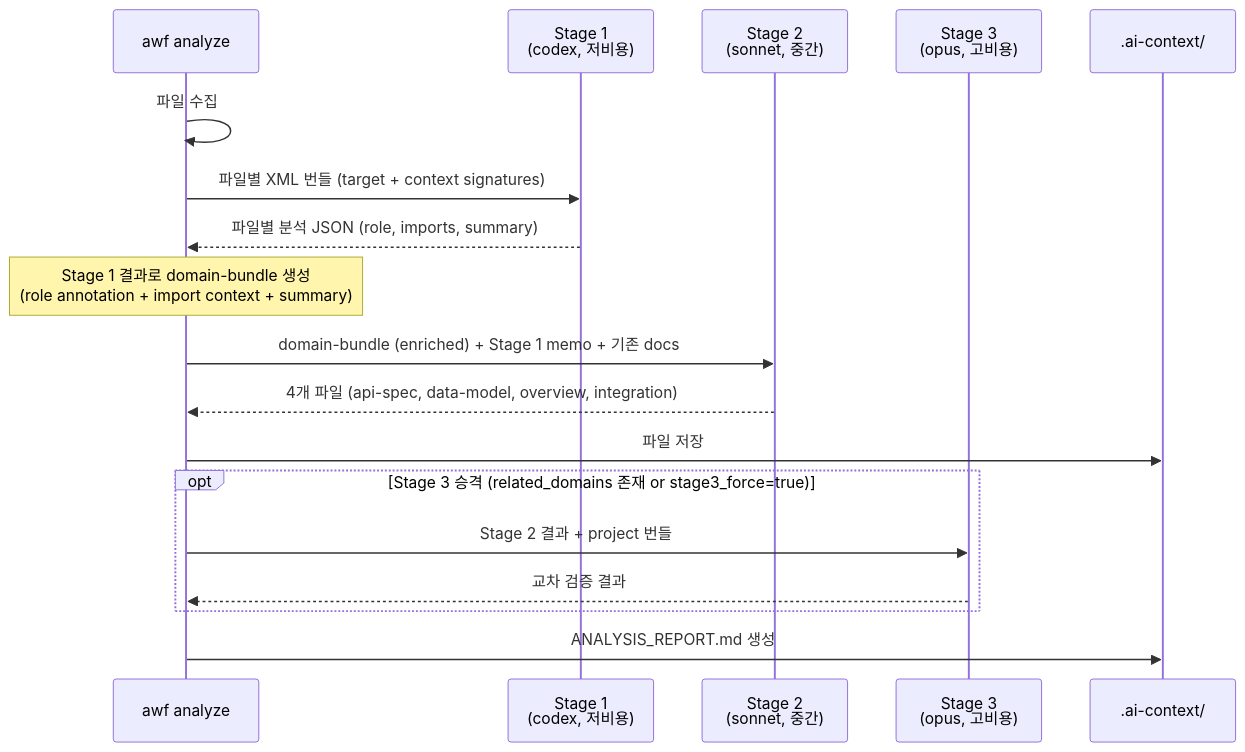
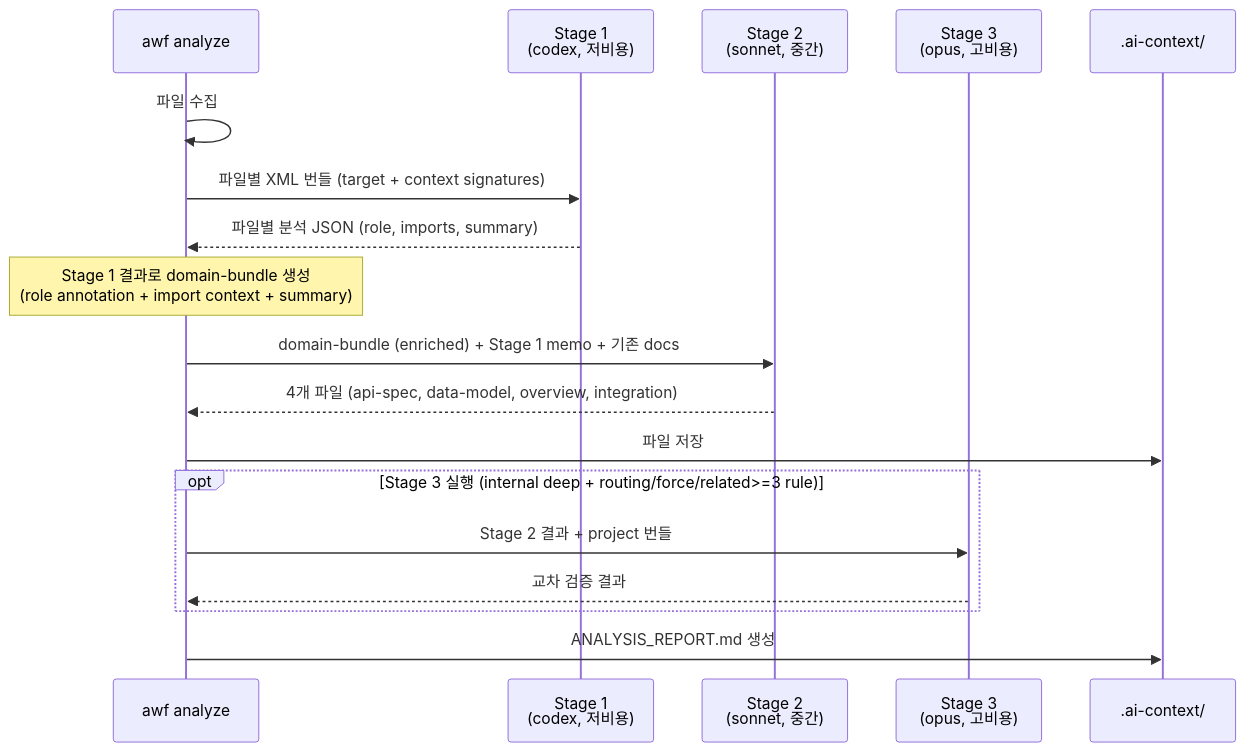
Before and after one commit to coldplay126/ai-workflow-tools: the second of 3 diagrams in docs/architecture/01-analysis-pipeline.md, drawn with Mermaid. The commit also changed other lines of this file and 25 other files, not shown here.

````diff
--- a/docs/architecture/01-analysis-pipeline.md
+++ b/docs/architecture/01-analysis-pipeline.md
@@ -24,21 +24,21 @@
 ```mermaid
 sequenceDiagram
     participant CLI as awf analyze
     participant S1 as Stage 1<br/>(codex, 저비용)
     participant S2 as Stage 2<br/>(sonnet, 중간)
     participant S3 as Stage 3<br/>(opus, 고비용)
     participant OUT as .ai-context/
 
     CLI->>CLI: 파일 수집
     CLI->>S1: 파일별 XML 번들 (target + context signatures)
     S1-->>CLI: 파일별 분석 JSON (role, imports, summary)
     Note over CLI: Stage 1 결과로 domain-bundle 생성<br/>(role annotation + import context + summary)
     CLI->>S2: domain-bundle (enriched) + Stage 1 memo + 기존 docs
     S2-->>CLI: 4개 파일 (api-spec, data-model, overview, integration)
     CLI->>OUT: 파일 저장
-    opt Stage 3 승격 (related_domains 존재 or stage3_force=true)
+    opt Stage 3 실행 (internal deep + routing/force/related>=3 rule)
         CLI->>S3: Stage 2 결과 + project 번들
         S3-->>CLI: 교차 검증 결과
     end
     CLI->>OUT: ANALYSIS_REPORT.md 생성
 ```
````
